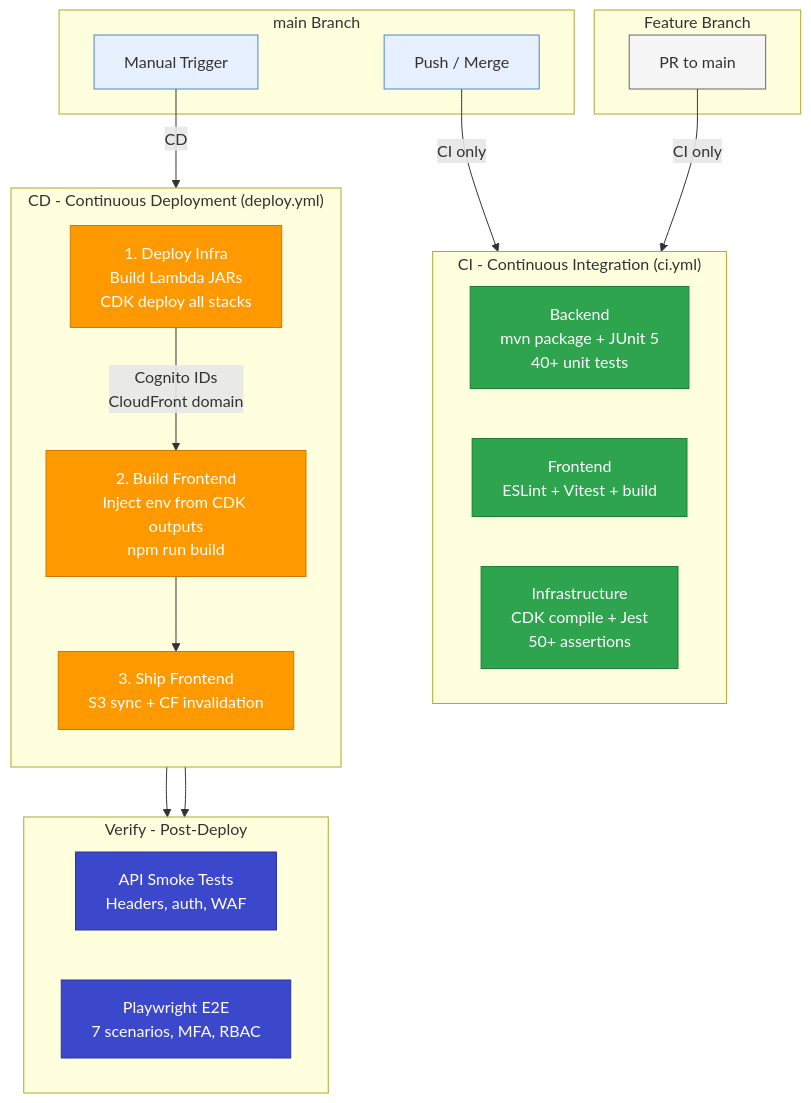
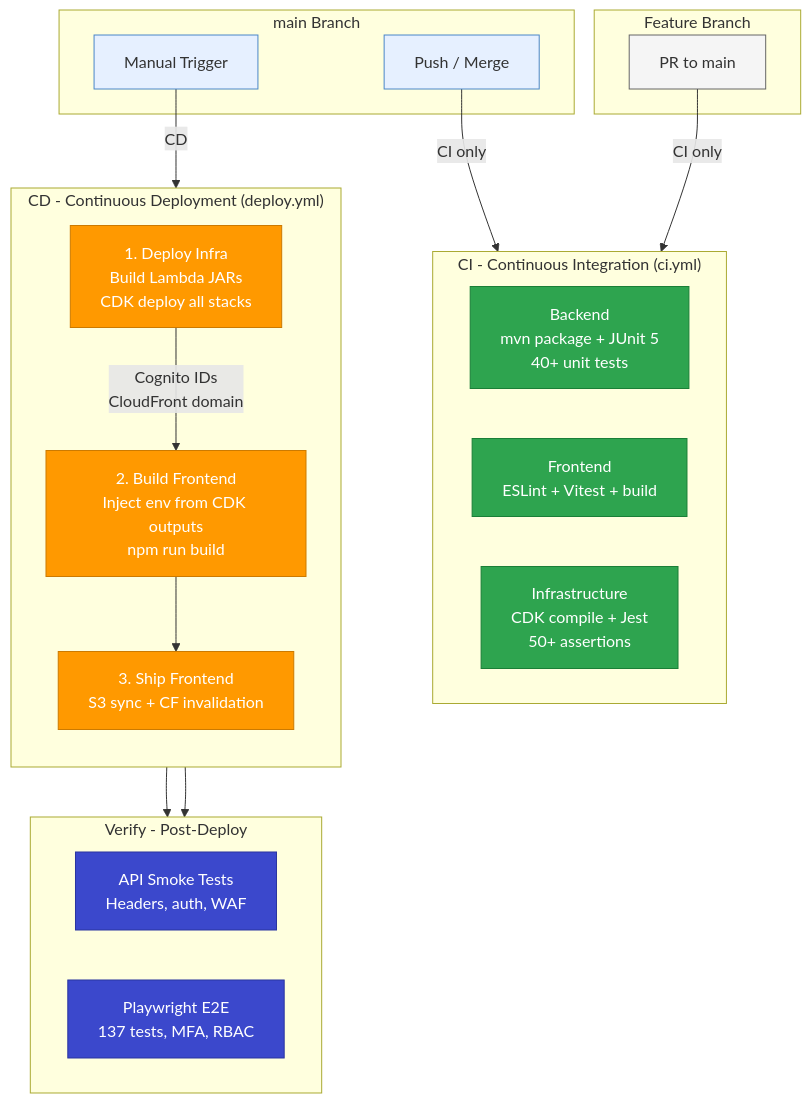
One commit to shanakaj/ReportsPortal changed the seventh of 15 diagrams in README.md. Above: the diagram before and after it, drawn with Mermaid. The commit also changed other lines of this file, not shown here.

````diff
--- a/README.md
+++ b/README.md
@@ -238,51 +240,51 @@
 ```mermaid
 flowchart TD
     subgraph FEATURE["Feature Branch"]
         PR["PR to main"]
     end
 
     subgraph MAIN["main Branch"]
         MERGE["Push / Merge"]
         MANUAL["Manual Trigger"]
     end
 
     PR -->|"CI only"| CI
     MERGE -->|"CI only"| CI
     MANUAL -->|"CD"| CD
 
     subgraph CI["CI - Continuous Integration (ci.yml)"]
         direction LR
         BE_CI["Backend\nmvn package + JUnit 5\n40+ unit tests"]
         FE_CI["Frontend\nESLint + Vitest + build"]
         INFRA_CI["Infrastructure\nCDK compile + Jest\n50+ assertions"]
     end
 
     subgraph CD["CD - Continuous Deployment (deploy.yml)"]
         direction TB
         CDK_DEPLOY["1. Deploy Infra\nBuild Lambda JARs\nCDK deploy all stacks"]
         CDK_DEPLOY -->|"Cognito IDs\nCloudFront domain"| FE_BUILD
         FE_BUILD["2. Build Frontend\nInject env from CDK outputs\nnpm run build"]
         FE_BUILD --> FE_DEPLOY
         FE_DEPLOY["3. Ship Frontend\nS3 sync + CF invalidation"]
     end
 
     subgraph VERIFY["Verify - Post-Deploy"]
         direction LR
         API_TEST["API Smoke Tests\nHeaders, auth, WAF"]
-        E2E_TEST["Playwright E2E\n7 scenarios, MFA, RBAC"]
+        E2E_TEST["Playwright E2E\n137 tests, MFA, RBAC"]
     end
 
     FE_DEPLOY --> API_TEST & E2E_TEST
 
     classDef branch fill:#f5f5f5,stroke:#666,color:#333
     classDef mainBranch fill:#e6f0ff,stroke:#4a86c8,color:#333
     classDef ci fill:#2ea44f,stroke:#1a7f37,color:#fff
     classDef cd fill:#ff9900,stroke:#cc7a00,color:#fff
     classDef verify fill:#3b48cc,stroke:#2a35a0,color:#fff
 
     class PR branch
     class MERGE,MANUAL mainBranch
     class BE_CI,FE_CI,INFRA_CI ci
     class CDK_DEPLOY,FE_BUILD,FE_DEPLOY cd
     class API_TEST,E2E_TEST verify
 ```
````
